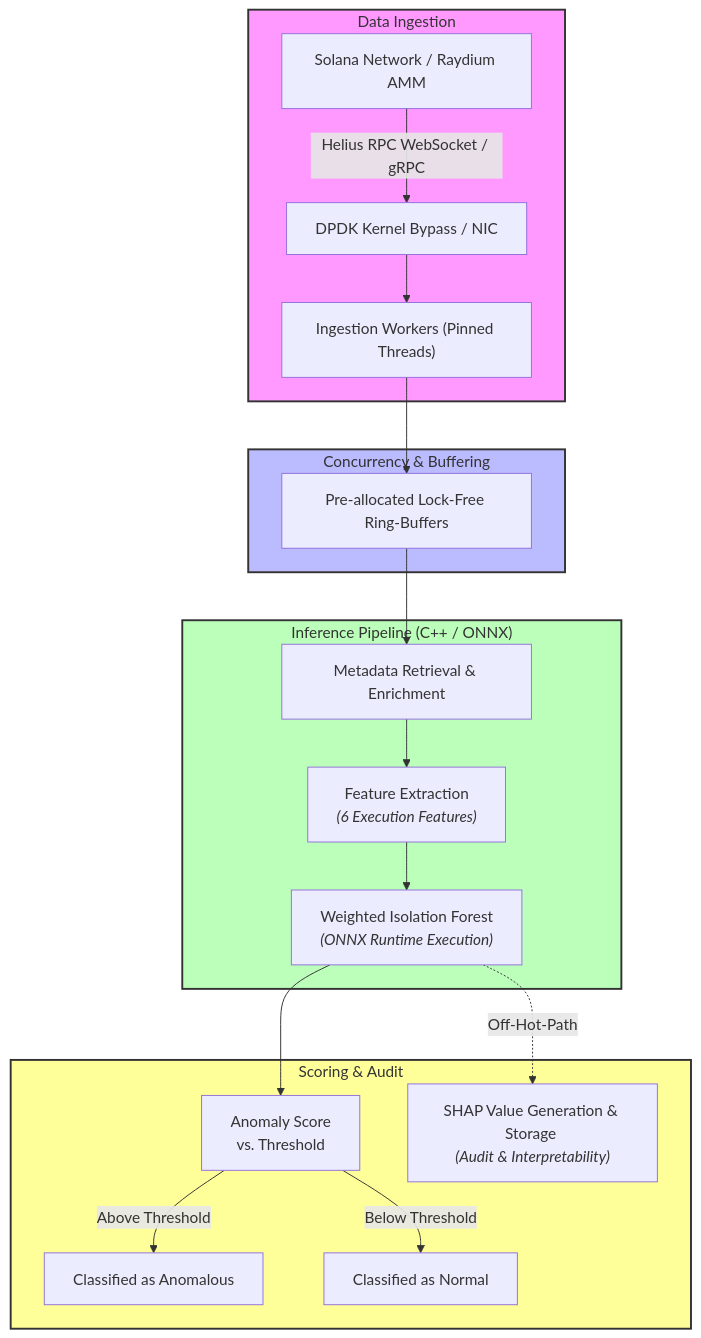
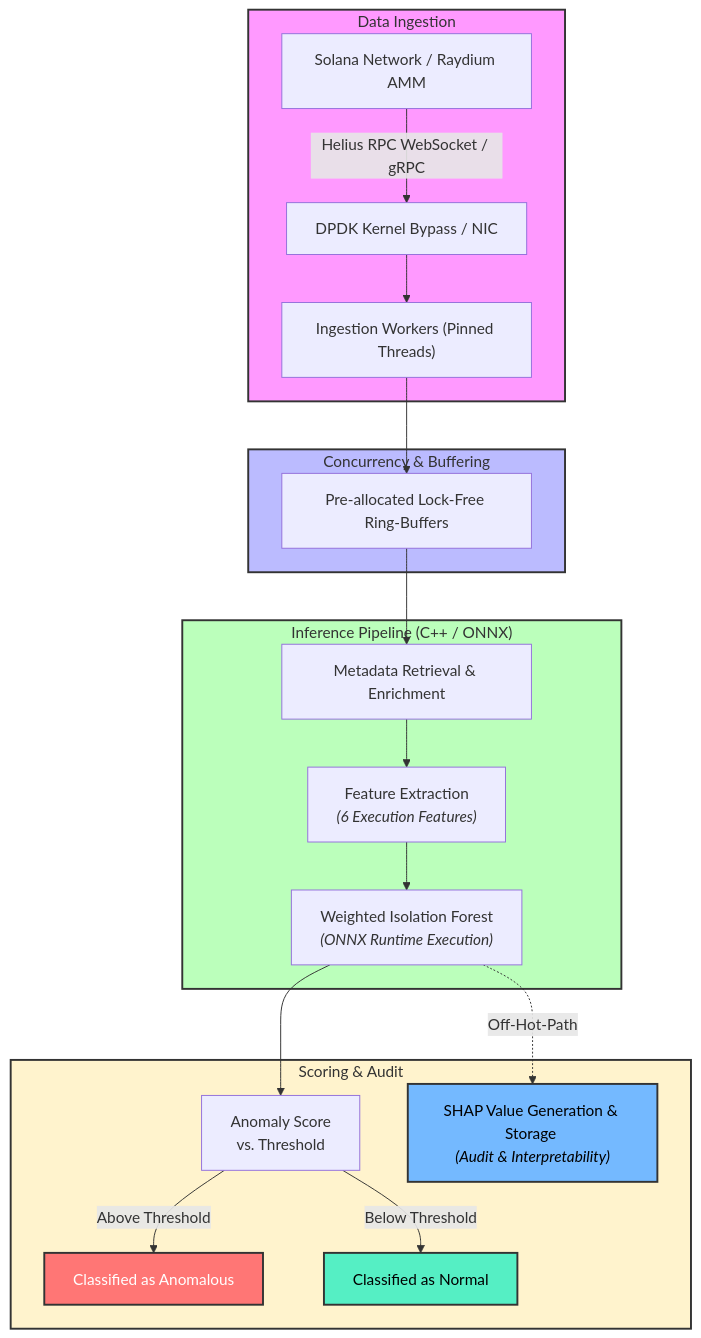
One commit to MilanSuri/CSC561Final changed the diagram in README.md. Above: the diagram before and after it, drawn with Mermaid.

Commit message:
Update README with project details and architecture

````diff
--- a/README.md
+++ b/README.md
@@ -25,32 +25,37 @@
 ```mermaid
 graph TD
     subgraph Ingestion ["Data Ingestion"]
         A[Solana Network / Raydium AMM] -->|Helius RPC WebSocket / gRPC| B[DPDK Kernel Bypass / NIC]
         B --> C["Ingestion Workers (Pinned Threads)"]
     end
 
     subgraph Queue ["Concurrency & Buffering"]
         C --> D[Pre-allocated Lock-Free Ring-Buffers]
     end
 
     subgraph Inference ["Inference Pipeline (C++ / ONNX)"]
         D --> E[Metadata Retrieval & Enrichment]
         E --> F["Feature Extraction <br/><i>(6 Execution Features)</i>"]
         F --> G["Weighted Isolation Forest <br/><i>(ONNX Runtime Execution)</i>"]
     end
 
     subgraph Output ["Scoring & Audit"]
         G --> H["Anomaly Score <br/>vs. Threshold"]
         H -->|Above Threshold| I[Classified as Anomalous]
         H -->|Below Threshold| J[Classified as Normal]
         
         %% Off-path audit
         G -.->|Off-Hot-Path| K["SHAP Value Generation & Storage <br/><i>(Audit & Interpretability)</i>"]
     end
 
-    %% Styling
+    %% Section Styling
     style Ingestion fill:#f9f,stroke:#333,stroke-width:2px
     style Queue fill:#bbf,stroke:#333,stroke-width:2px
     style Inference fill:#bfb,stroke:#333,stroke-width:2px
-    style Output fill:#ff9,stroke:#333,stroke-width:2px
+    style Output fill:#fff3cd,stroke:#333,stroke-width:2px
+
+    %% Node Highlighting for Scoring & Audit
+    style I fill:#ff7675,stroke:#333,stroke-width:2px,color:#fff
+    style J fill:#55efc4,stroke:#333,stroke-width:2px,color:#000
+    style K fill:#74b9ff,stroke:#333,stroke-width:2px,color:#000
 ```
````
